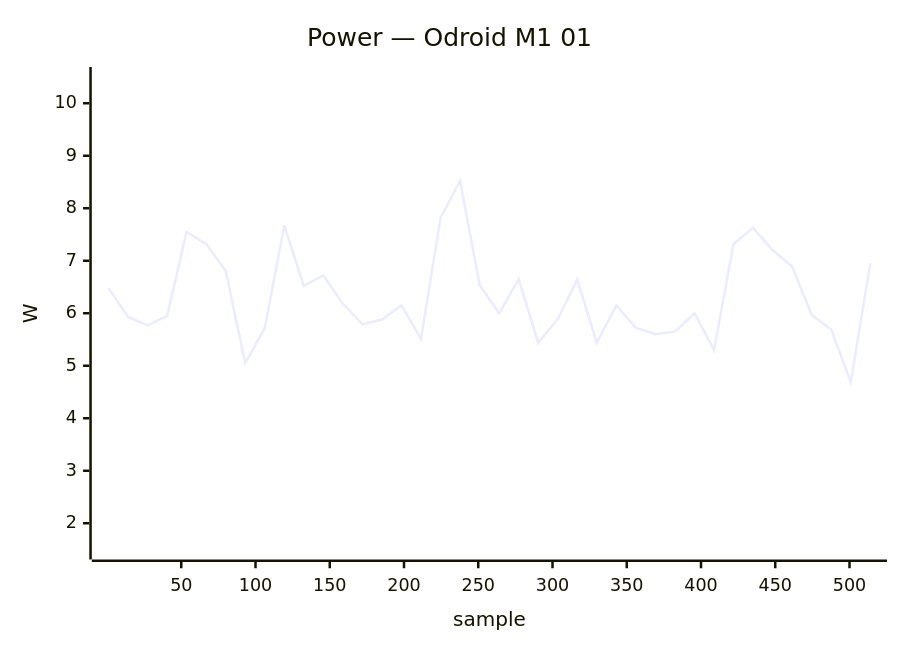
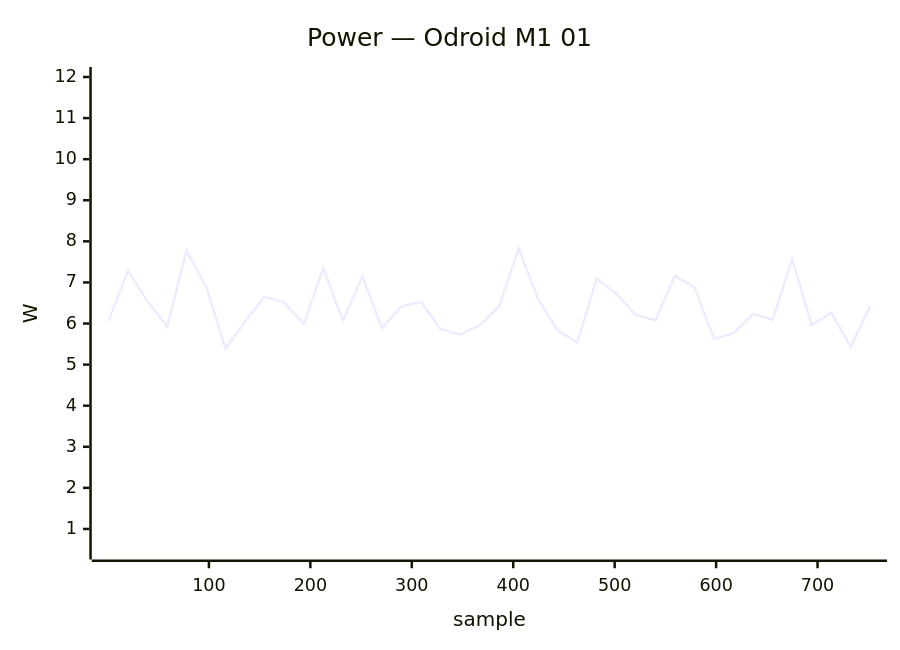
Diagram 12 of 25 in docs/status/board-tests.md (armbian/documentation), drawn with Mermaid before and after one commit. The commit also changed other lines of this file, not shown here.

````diff
--- a/docs/status/board-tests.md
+++ b/docs/status/board-tests.md
@@ -688,7 +688,7 @@
     ```mermaid
     xychart-beta
         title "Power — Odroid M1 01"
-        x-axis "sample" 1 --> 514
-        y-axis "W" 1.5 --> 10.5
-        line [6.48, 5.93, 5.77, 5.95, 7.55, 7.32, 6.81, 5.05, 5.72, 7.67, 6.52, 6.72, 6.18, 5.79, 5.88, 6.15, 5.51, 7.82, 8.52, 6.54, 6.00, 6.65, 5.44, 5.89, 6.64, 5.44, 6.15, 5.72, 5.60, 5.65, 6.00, 5.30, 7.32, 7.63, 7.20, 6.89, 5.97, 5.69, 4.69, 6.95]
+        x-axis "sample" 1 --> 752
+        y-axis "W" 0.5 --> 12.0
+        line [6.06, 7.28, 6.54, 5.93, 7.77, 6.90, 5.38, 6.06, 6.65, 6.51, 5.99, 7.35, 6.07, 7.15, 5.89, 6.42, 6.53, 5.86, 5.73, 5.95, 6.42, 7.82, 6.59, 5.83, 5.54, 7.09, 6.72, 6.21, 6.08, 7.16, 6.88, 5.63, 5.77, 6.23, 6.09, 7.57, 5.96, 6.26, 5.44, 6.43]
     ```
````
